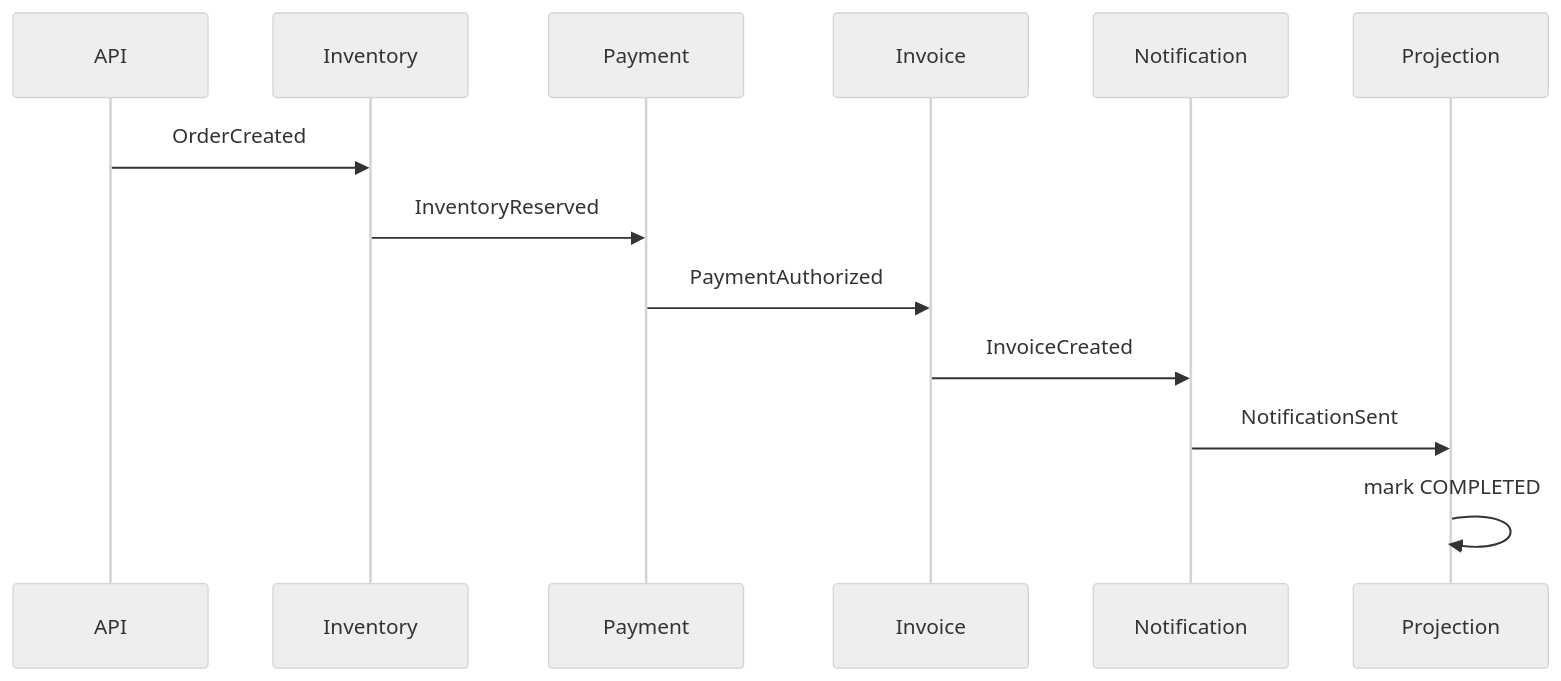
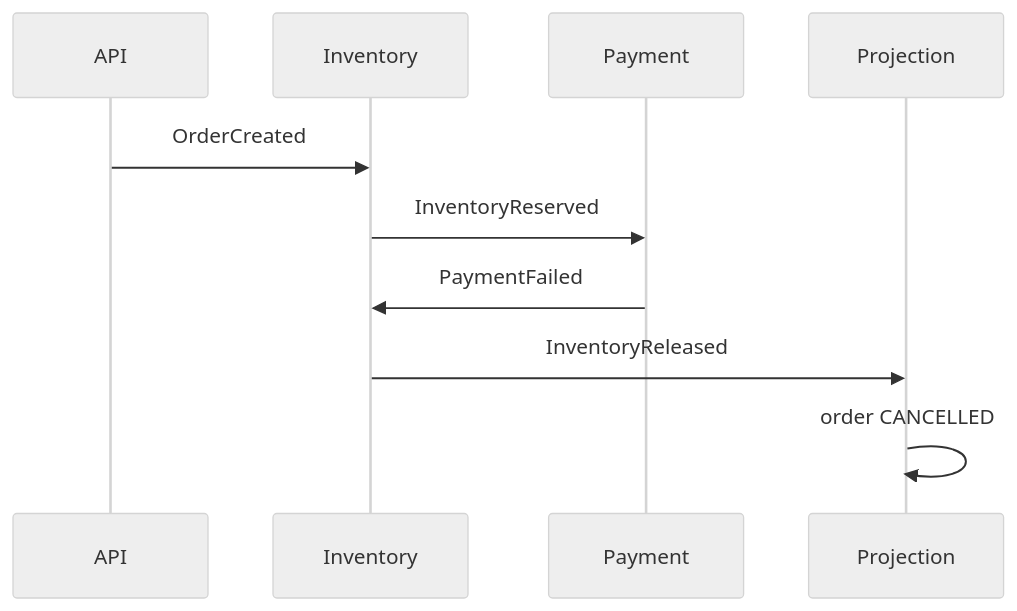
Before and after one commit to almas-alright/event-cart: the third of 8 diagrams in README.md, drawn with Mermaid (neutral theme). The commit also changed other lines of this file, not shown here.

Commit message:
docs: add public showcase readme and architecture guide

````diff
--- a/README.md
+++ b/README.md
@@ -66,16 +137,13 @@
 ```mermaid
 sequenceDiagram
     participant API
     participant Inventory
     participant Payment
-    participant Invoice
-    participant Notification
     participant Projection
 
     API->>Inventory: OrderCreated
     Inventory->>Payment: InventoryReserved
-    Payment->>Invoice: PaymentAuthorized
-    Invoice->>Notification: InvoiceCreated
-    Notification->>Projection: NotificationSent
-    Projection->>Projection: mark COMPLETED
+    Payment->>Inventory: PaymentFailed
+    Inventory->>Projection: InventoryReleased
+    Projection->>Projection: order CANCELLED
 ```
````
